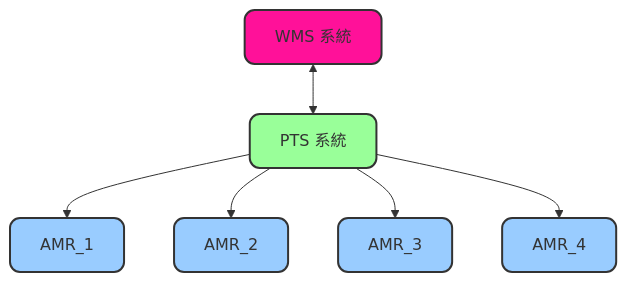
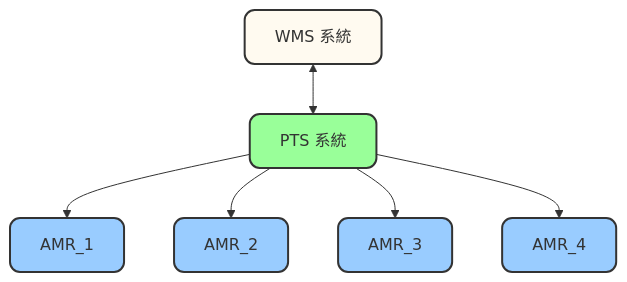
The first of 5 diagrams in README.md (athena-tircgo/amr-wms-lsj), drawn with Mermaid before and after one commit.

````diff
--- a/README.md
+++ b/README.md
@@ -22,25 +22,25 @@
 ```mermaid
 flowchart TD
     %% 節點設定
-    style WMS fill:#f19,stroke:#333,stroke-width:2px,rx:10,ry:10
+    style WMS fill:#fffaf0,stroke:#333,stroke-width:2px,rx:10,ry:10
     style PTS fill:#9f9,stroke:#333,stroke-width:2px,rx:10,ry:10
     style AMR1 fill:#9cf,stroke:#333,stroke-width:2px,rx:10,ry:10
     style AMR2 fill:#9cf,stroke:#333,stroke-width:2px,rx:10,ry:10
     style AMR3 fill:#9cf,stroke:#333,stroke-width:2px,rx:10,ry:10
     style AMR4 fill:#9cf,stroke:#333,stroke-width:2px,rx:10,ry:10
 
     %% 節點文字
     WMS["WMS 系統"]
     PTS["PTS 系統"]
     AMR1["AMR_1"]
     AMR2["AMR_2"]
     AMR3["AMR_3"]
     AMR4["AMR_4"]
 
     %% 連線
     WMS <-->PTS
     PTS -->AMR1
     PTS -->AMR2
     PTS -->AMR3
     PTS -->AMR4
 ```
````
